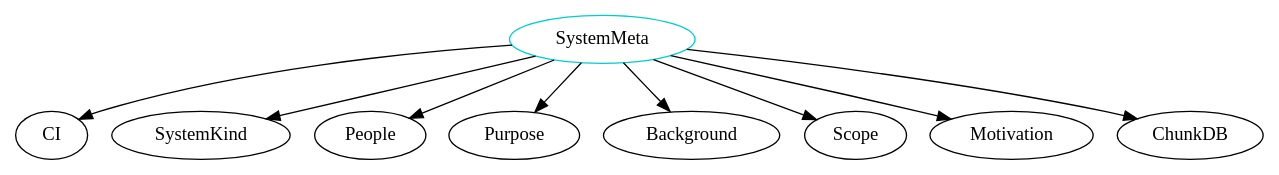
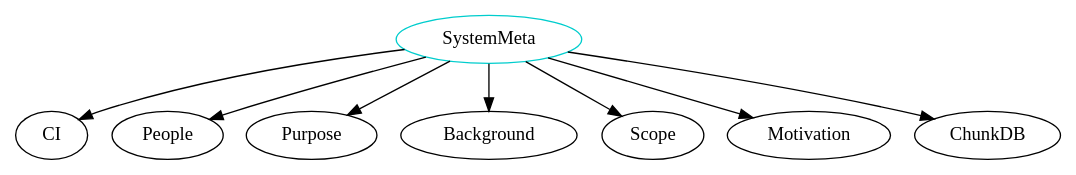
Before and after one commit to JacquesCarette/Drasil: the diagram in analysis/TypeDependencyGraphs/system/SystemMeta.dot, drawn with Graphviz. The commit also changed 718 other files, not shown here.

```diff
--- a/analysis/TypeDependencyGraphs/system/SystemMeta.dot
+++ b/analysis/TypeDependencyGraphs/system/SystemMeta.dot
@@ -1,11 +1,10 @@
 digraph systemmeta{
 SystemMeta	[shape=oval, color=cyan3, label="SystemMeta"];
 SystemMeta -> CI;
-SystemMeta -> SystemKind;
 SystemMeta -> People;
 SystemMeta -> Purpose;
 SystemMeta -> Background;
 SystemMeta -> Scope;
 SystemMeta -> Motivation;
 SystemMeta -> ChunkDB;
 }
```
